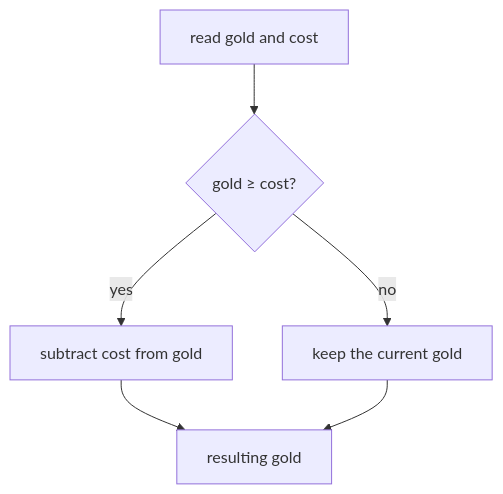
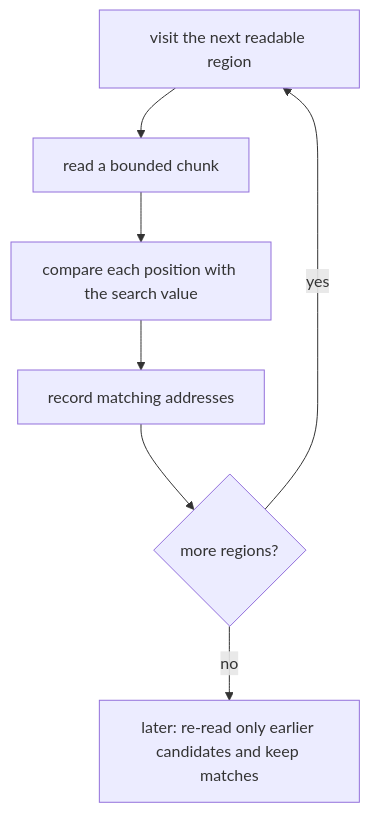
Before and after one commit to MustCodeAl/rust-game-hacking-book: the fourth of 4 diagrams in site/src/content/docs/pages/1/05.mdx, drawn with Mermaid. The commit also changed other lines of this file and 96 other files, not shown here.

````diff
--- a/site/src/content/docs/pages/1/05.mdx
+++ b/site/src/content/docs/pages/1/05.mdx
@@ -78,8 +194,9 @@
 ```mermaid
 flowchart TD
-    Start["read gold and cost"] --> Check{"gold ≥ cost?"}
-    Check -->|"yes"| Subtract["subtract cost from gold"]
-    Check -->|"no"| Keep["keep the current gold"]
-    Subtract --> Result["resulting gold"]
-    Keep --> Result
+    R["visit the next readable region"] --> C["read a bounded chunk"]
+    C --> M["compare each position with the search value"]
+    M --> K["record matching addresses"]
+    K --> N{"more regions?"}
+    N -->|"yes"| R
+    N -->|"no"| L["later: re-read only earlier candidates and keep matches"]
 ```
````
